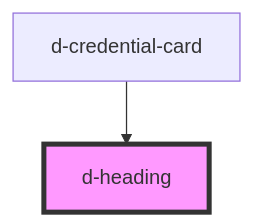
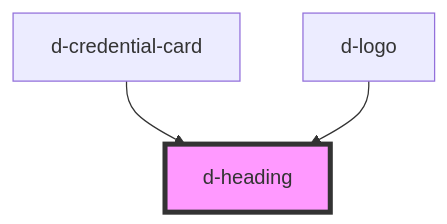
The diagram in src/components/heading/readme.md (ForkbombEu/didroom-components), drawn with Mermaid before and after one commit. The commit also changed other lines of this file and 4 other files, not shown here.

````diff
--- a/src/components/heading/readme.md
+++ b/src/components/heading/readme.md
@@ -23,5 +24,6 @@
 ```mermaid
 graph TD;
   d-credential-card --> d-heading
+  d-logo --> d-heading
   style d-heading fill:#f9f,stroke:#333,stroke-width:4px
 ```
````
